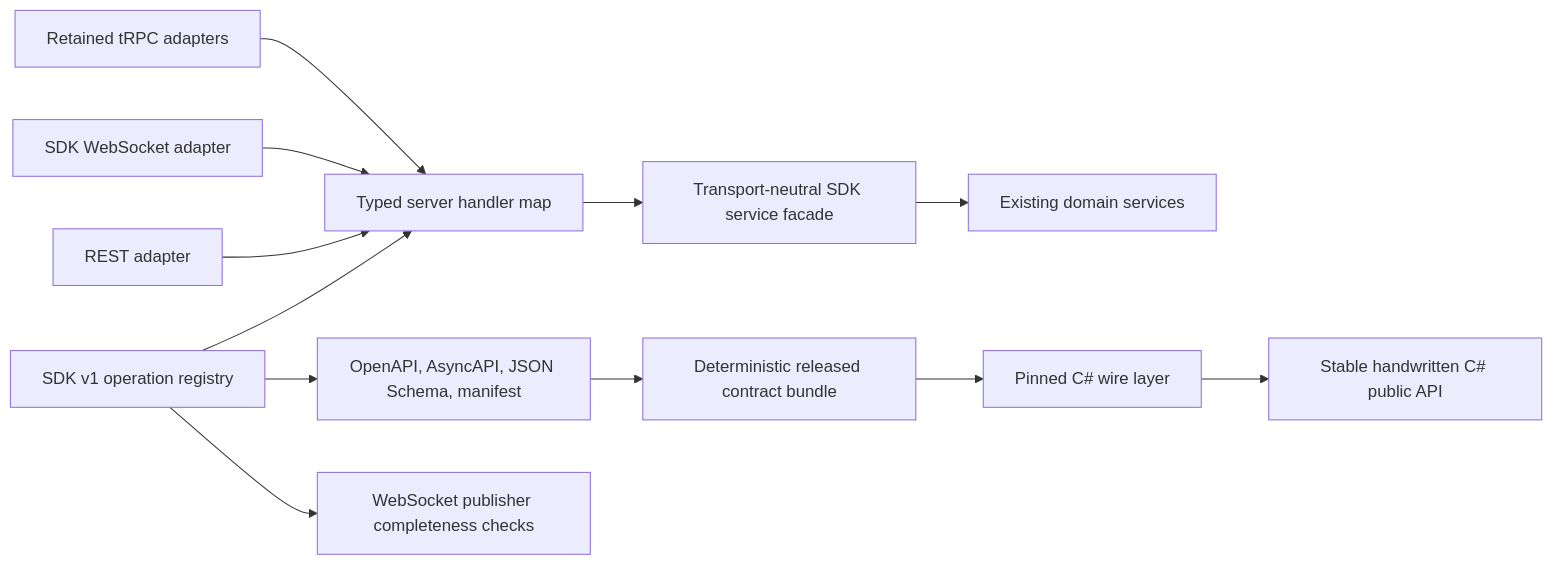
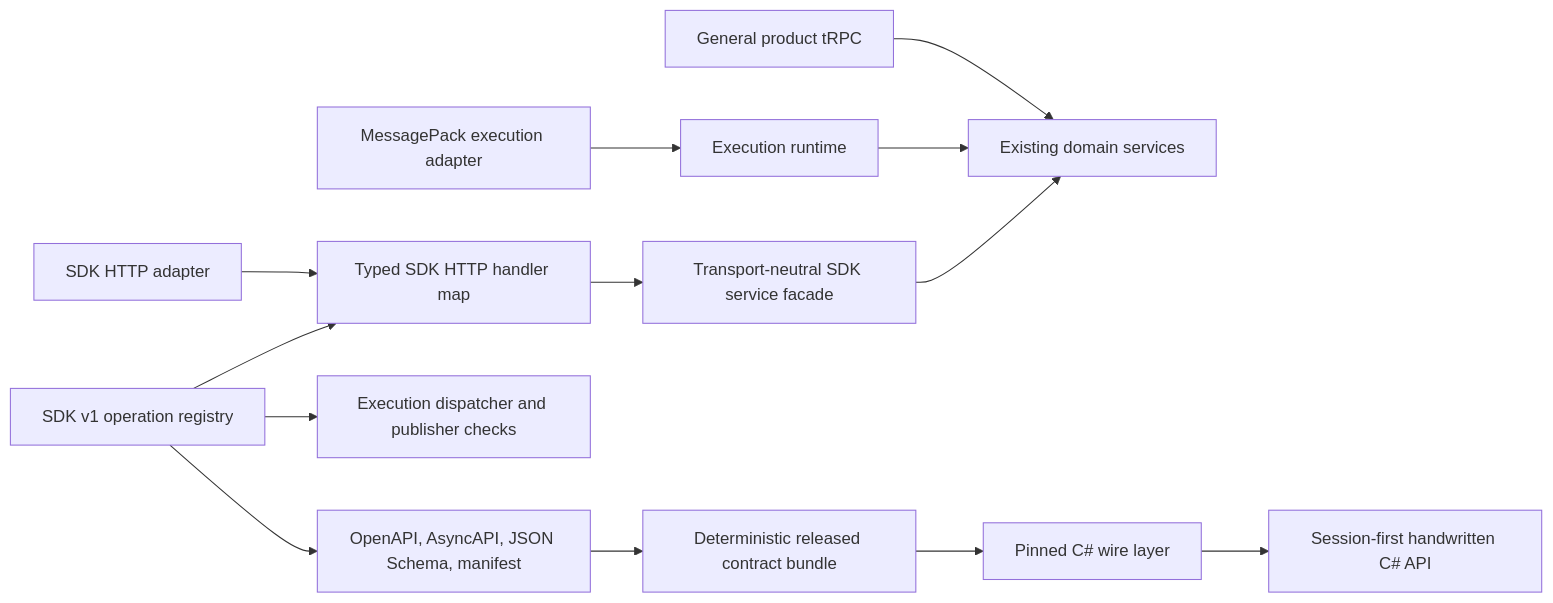
One commit to nodetool-ai/nodetool changed the diagram in docs/sdk/sdk-trpc-consolidation.md. Above: the diagram before and after it, drawn with Mermaid. The commit also changed other lines of this file, not shown here.

Commit message:
docs(sdk): close final convergence plan gaps

````diff
--- a/docs/sdk/sdk-trpc-consolidation.md
+++ b/docs/sdk/sdk-trpc-consolidation.md
@@ -227,14 +230,15 @@
 ```mermaid
 flowchart LR
   D["SDK v1 operation registry"] --> A["OpenAPI, AsyncAPI, JSON Schema, manifest"]
-  D --> R["Typed server handler map"]
-  D --> E["WebSocket publisher completeness checks"]
+  D --> R["Typed SDK HTTP handler map"]
+  D --> E["Execution dispatcher and publisher checks"]
   R --> S["Transport-neutral SDK service facade"]
   S --> X["Existing domain services"]
-  H["REST adapter"] --> R
-  W["SDK WebSocket adapter"] --> R
-  T["Retained tRPC adapters"] --> R
+  H["SDK HTTP adapter"] --> R
+  W["MessagePack execution adapter"] --> Q["Execution runtime"]
+  Q --> X
+  T["General product tRPC"] --> X
   A --> B["Deterministic released contract bundle"]
   B --> C["Pinned C# wire layer"]
-  C --> P["Stable handwritten C# public API"]
+  C --> P["Session-first handwritten C# API"]
 ```
````
